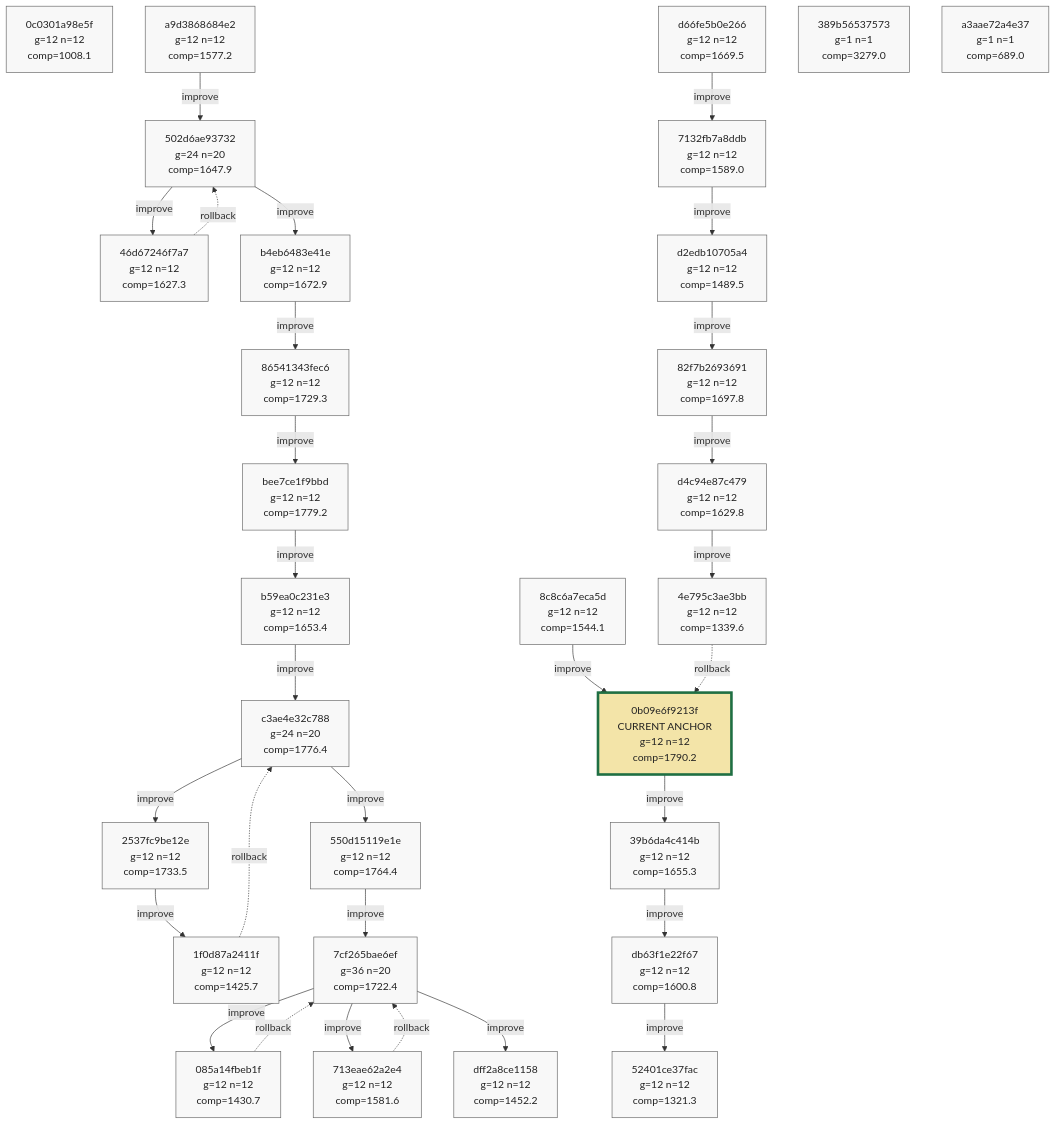
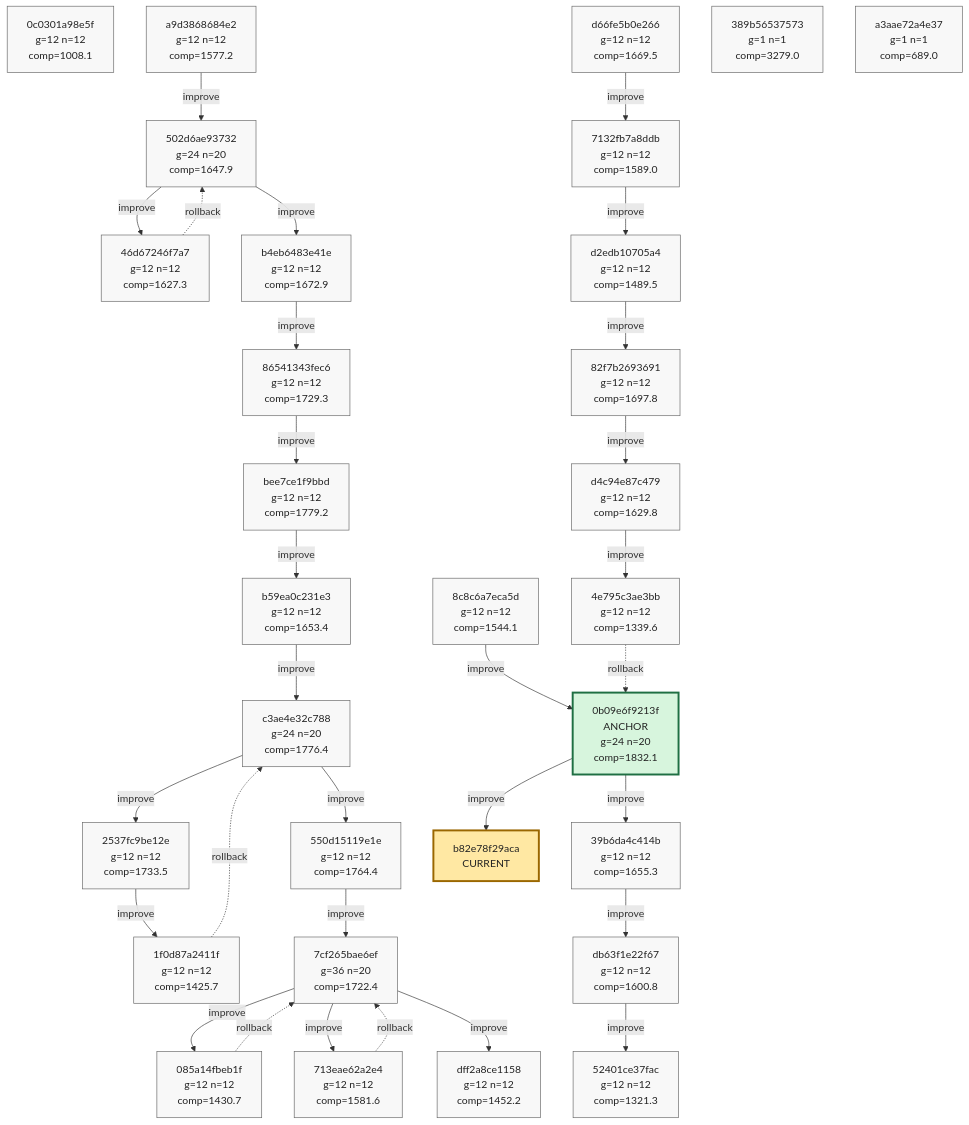
Before and after one commit to azumag/soviet_now: the tenth of 10 diagrams in phyrogenetic-tree.md, drawn with Mermaid. The commit also changed other lines of this file and 2 other files, not shown here.

Commit message:
eloop Improve after 12 games (scores: 1474 3958 1248 2854 1828 2459 2141 1119 2374 1309 1165 1887)

````diff
--- a/phyrogenetic-tree.md
+++ b/phyrogenetic-tree.md
@@ -2552,7 +2553,7 @@
     h_713eae62a2e4["713eae62a2e4<br/>g=12 n=12<br/>comp=1581.6"]
     h_dff2a8ce1158["dff2a8ce1158<br/>g=12 n=12<br/>comp=1452.2"]
     h_8c8c6a7eca5d["8c8c6a7eca5d<br/>g=12 n=12<br/>comp=1544.1"]
-    h_0b09e6f9213f["0b09e6f9213f<br/>CURRENT ANCHOR<br/>g=12 n=12<br/>comp=1790.2"]
+    h_0b09e6f9213f["0b09e6f9213f<br/>ANCHOR<br/>g=24 n=20<br/>comp=1832.1"]
     h_39b6da4c414b["39b6da4c414b<br/>g=12 n=12<br/>comp=1655.3"]
     h_db63f1e22f67["db63f1e22f67<br/>g=12 n=12<br/>comp=1600.8"]
     h_52401ce37fac["52401ce37fac<br/>g=12 n=12<br/>comp=1321.3"]
@@ -2564,6 +2565,7 @@
     h_4e795c3ae3bb["4e795c3ae3bb<br/>g=12 n=12<br/>comp=1339.6"]
     h_389b56537573["389b56537573<br/>g=1 n=1<br/>comp=3279.0"]
     h_a3aae72a4e37["a3aae72a4e37<br/>g=1 n=1<br/>comp=689.0"]
+    h_b82e78f29aca["b82e78f29aca<br/>CURRENT"]
 
     h_a9d3868684e2 -->|improve| h_502d6ae93732
     h_502d6ae93732 -->|improve| h_46d67246f7a7
@@ -2593,6 +2595,7 @@
     h_82f7b2693691 -->|improve| h_d4c94e87c479
     h_d4c94e87c479 -->|improve| h_4e795c3ae3bb
     h_4e795c3ae3bb -. rollback .-> h_0b09e6f9213f
+    h_0b09e6f9213f -->|improve| h_b82e78f29aca
 
     classDef plain fill:#f8f8f8,stroke:#666,stroke-width:1px,color:#222;
     classDef current fill:#ffe8a3,stroke:#9a6700,stroke-width:3px,color:#222;
@@ -2616,7 +2619,7 @@
     class h_713eae62a2e4 plain;
     class h_dff2a8ce1158 plain;
     class h_8c8c6a7eca5d plain;
-    class h_0b09e6f9213f current_anchor;
+    class h_0b09e6f9213f anchor;
     class h_39b6da4c414b plain;
     class h_db63f1e22f67 plain;
     class h_52401ce37fac plain;
@@ -2628,4 +2631,5 @@
     class h_4e795c3ae3bb plain;
     class h_389b56537573 plain;
     class h_a3aae72a4e37 plain;
+    class h_b82e78f29aca current;
 ```
````
